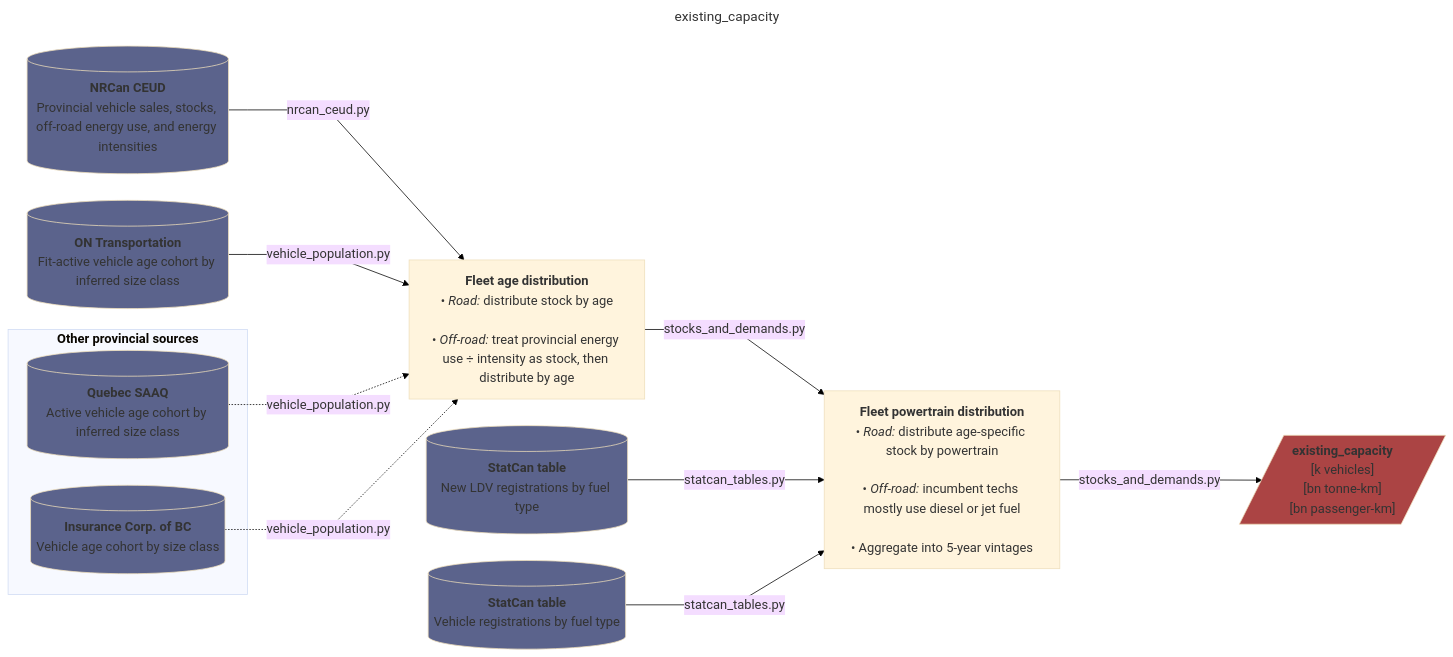
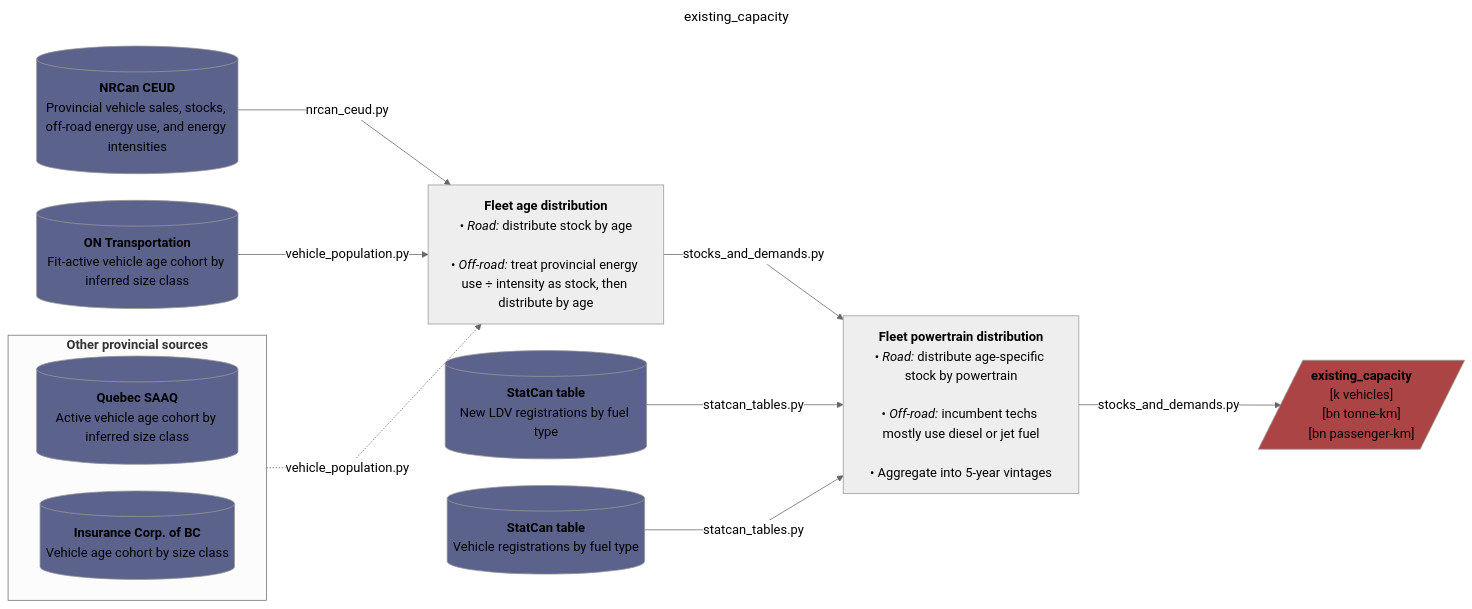
One commit to CANOE-main/canoe-transportation changed the third of 9 diagrams in README.md. Above: the diagram before and after it, drawn with Mermaid. The commit also changed other lines of this file and 1 other file, not shown here.

Commit message:
Testing white canvas as background for flowcharts

````diff
--- a/README.md
+++ b/README.md
@@ -203,59 +204,57 @@
 ```mermaid
 ---
 title: existing_capacity
 config:
   layout: dagre
-  theme: base
+  theme: neutral
   themeVariables:
-    background: "#ffffff"
-    darkMode: false
     fontSize: 17px
   flowchart:
     nodeSpacing: 35
     rankSpacing: 50
     wrappingWidth: 250
     curve: linear
 ---
 flowchart LR
   %% --- Sources ---
   s0[("`**NRCan CEUD**<br>Provincial vehicle sales, stocks, off-road energy use, and energy intensities`")]
   s1[("`**ON Transportation**<br>Fit-active vehicle age cohort by inferred size class`")]
 
   subgraph expansion["`**Other provincial sources**`"]
+    direction LR
     s2[("`**Quebec SAAQ**<br>Active vehicle age cohort by inferred size class`")]
     s3[("`**Insurance Corp. of BC**<br>Vehicle age cohort by size class`")]
   end
 
   s4[("`**StatCan table**<br>New LDV registrations by fuel type`")]
   s5[("`**StatCan table**<br>Vehicle registrations by fuel type`")]
 
   %% --- Processes ---
   p1["`**Fleet age distribution<br>**• *Road:* distribute stock by age<br><br>• *Off-road:* treat provincial energy use ÷ intensity as stock, then distribute by age`"]
   s0 -- nrcan_ceud.py --> p1
   s1 -- vehicle_population.py --> p1
-  s2 -. "vehicle_population.py" .-> p1
-  s3 -. "vehicle_population.py" .-> p1
+  expansion -. "vehicle_population.py" .-> p1
 
   p2["`**Fleet powertrain distribution**<br>• *Road:* distribute age-specific stock by powertrain<br><br>• *Off-road:* incumbent techs mostly use diesel or jet fuel<br><br>• Aggregate into 5-year vintages`"]
   p1 -- stocks_and_demands.py --> p2
   s4 -- statcan_tables.py --> p2
   s5 -- statcan_tables.py --> p2
 
   p2 -- stocks_and_demands.py --> o1[/"`**existing_capacity**<br>[k vehicles]<br>[bn tonne-km]<br>[bn passenger-km]`"/]
 
   %% --- Styling ---
   classDef database fill:#5b638c
   classDef doc fill:#608c5b
   classDef output fill:#ab4444
 
   class s0,s1,s2,s3,s4,s5 database;
   class o1 output;
 
   %% --- Hyperlinks ---
   click s5 "https://doi.org/10.25318/2310030801-eng"
   click s4 "https://doi.org/10.25318/2010002501-eng"
   click s3 "https://public.tableau.com/app/profile/icbc/viz/VehiclePopulationIntroPage/VehiclePopulationData"
   click s2 "https://www.donneesquebec.ca/recherche/dataset/vehicules-en-circulation"
   click s1 "https://data.ontario.ca/dataset/vehicle-population-data"
   click s0 "https://oee.nrcan.gc.ca/corporate/statistics/neud/dpa/menus/trends/comprehensive_tables/list.cfm"
 ```
````
